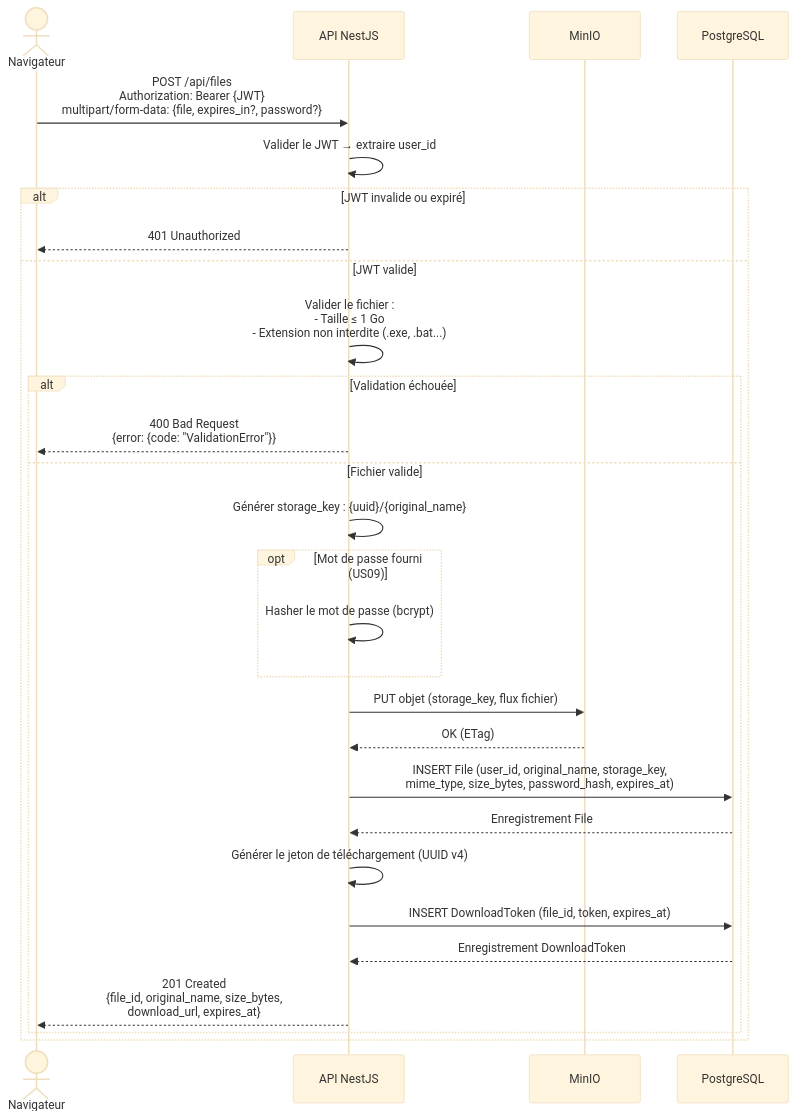
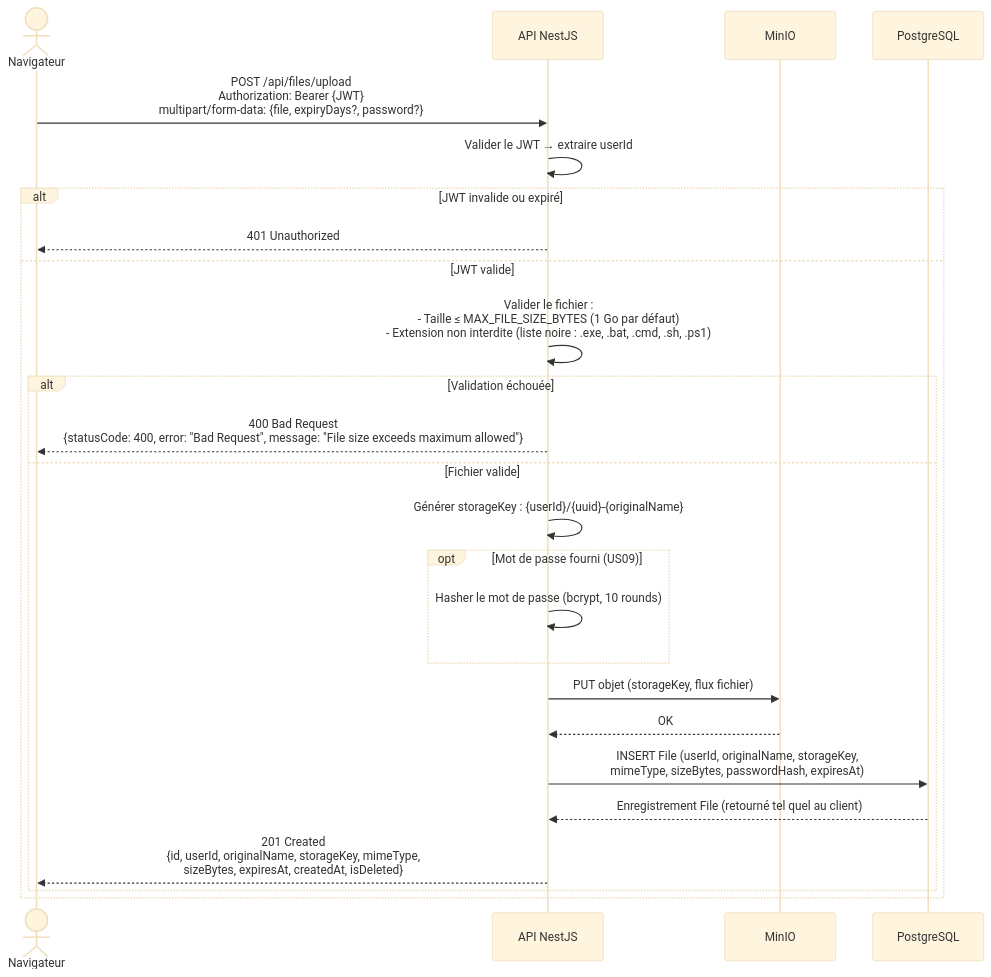
One commit to OC-Expert-DevOps/P3-OC-software-development-management changed the second of 9 diagrams in docs/architecture/03-sequence-diagrams.md. Above: the diagram before and after it, drawn with Mermaid (base theme). The commit also changed other lines of this file and 5 other files, not shown here.

First line of the commit message:
fix(docs): align OpenAPI contract and architecture docs with real API (#55) (#56)

````diff
--- a/docs/architecture/03-sequence-diagrams.md
+++ b/docs/architecture/03-sequence-diagrams.md
@@ -52,31 +58,28 @@
 ```mermaid
 sequenceDiagram
     actor User as Navigateur
     participant API as API NestJS
     participant S3 as MinIO
     participant DB as PostgreSQL
 
-    User->>API: POST /api/files<br/>Authorization: Bearer {JWT}<br/>multipart/form-data: {file, expires_in?, password?}
-    API->>API: Valider le JWT → extraire user_id
+    User->>API: POST /api/files/upload<br/>Authorization: Bearer {JWT}<br/>multipart/form-data: {file, expiryDays?, password?}
+    API->>API: Valider le JWT → extraire userId
     alt JWT invalide ou expiré
         API-->>User: 401 Unauthorized
     else JWT valide
-        API->>API: Valider le fichier :<br/>- Taille ≤ 1 Go<br/>- Extension non interdite (.exe, .bat...)
+        API->>API: Valider le fichier :<br/>- Taille ≤ MAX_FILE_SIZE_BYTES (1 Go par défaut)<br/>- Extension non interdite (liste noire : .exe, .bat, .cmd, .sh, .ps1)
         alt Validation échouée
-            API-->>User: 400 Bad Request<br/>{error: {code: "ValidationError"}}
+            API-->>User: 400 Bad Request<br/>{statusCode: 400, error: "Bad Request", message: "File size exceeds maximum allowed"}
         else Fichier valide
-            API->>API: Générer storage_key : {uuid}/{original_name}
+            API->>API: Générer storageKey : {userId}/{uuid}-{originalName}
             opt Mot de passe fourni (US09)
-                API->>API: Hasher le mot de passe (bcrypt)
+                API->>API: Hasher le mot de passe (bcrypt, 10 rounds)
             end
-            API->>S3: PUT objet (storage_key, flux fichier)
-            S3-->>API: OK (ETag)
-            API->>DB: INSERT File (user_id, original_name, storage_key,<br/>mime_type, size_bytes, password_hash, expires_at)
-            DB-->>API: Enregistrement File
-            API->>API: Générer le jeton de téléchargement (UUID v4)
-            API->>DB: INSERT DownloadToken (file_id, token, expires_at)
-            DB-->>API: Enregistrement DownloadToken
-            API-->>User: 201 Created<br/>{file_id, original_name, size_bytes,<br/>download_url, expires_at}
+            API->>S3: PUT objet (storageKey, flux fichier)
+            S3-->>API: OK
+            API->>DB: INSERT File (userId, originalName, storageKey,<br/>mimeType, sizeBytes, passwordHash, expiresAt)
+            DB-->>API: Enregistrement File (retourné tel quel au client)
+            API-->>User: 201 Created<br/>{id, userId, originalName, storageKey, mimeType,<br/>sizeBytes, expiresAt, createdAt, isDeleted}
         end
     end
 ```
````
